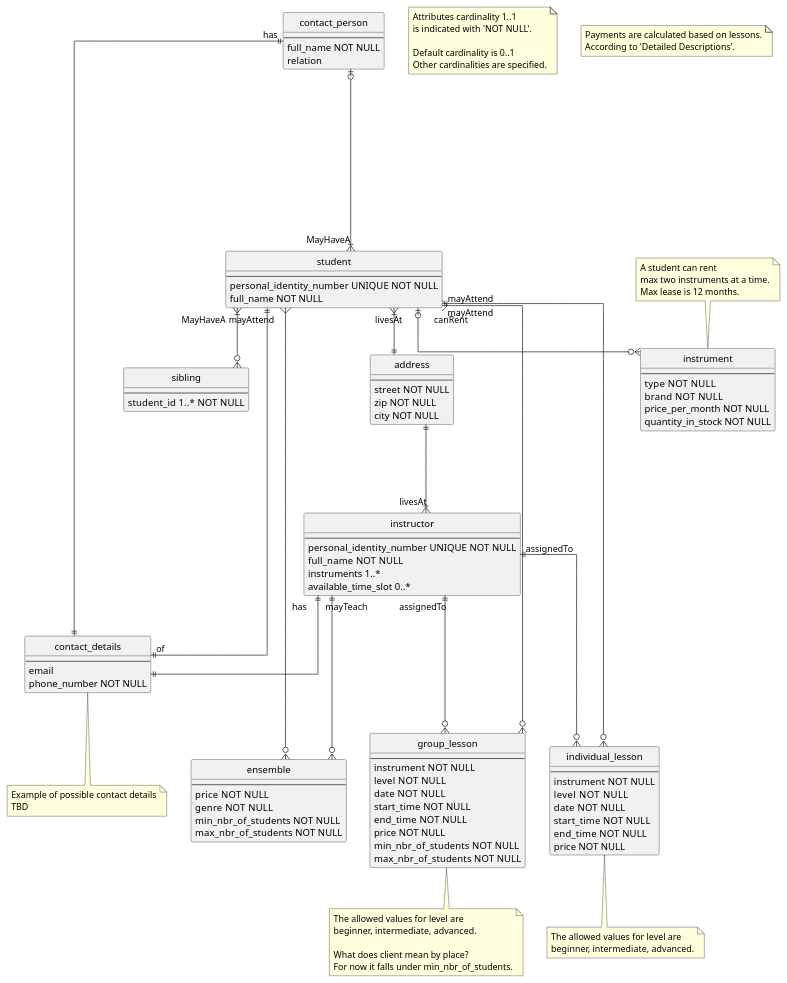
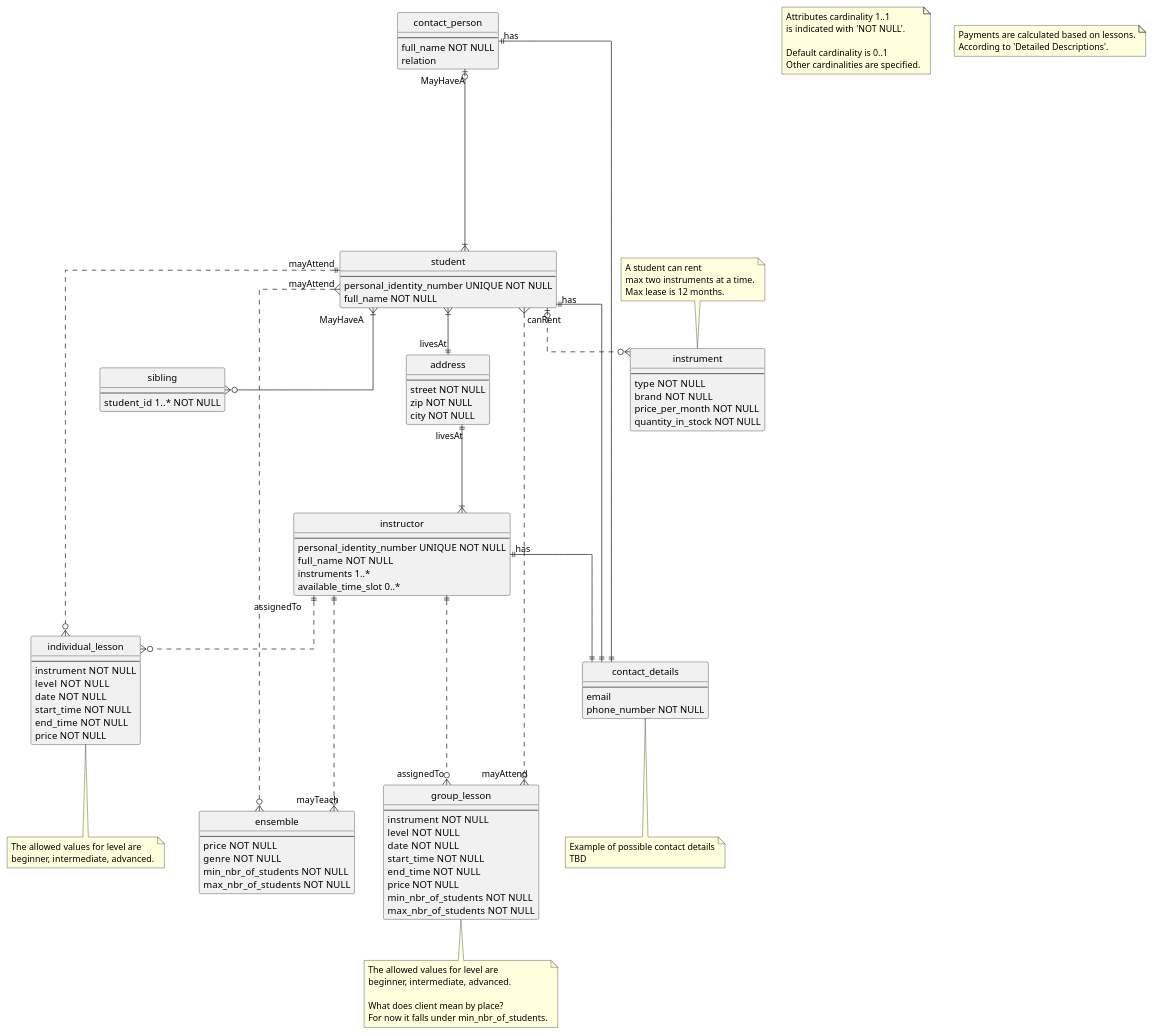
One commit to blomquiste/kth-iv1351-data-storage-paradigms changed the first of 2 diagrams in diagrams/cm.puml. Above: the diagram before and after it, drawn with PlantUML.

Commit message:
adding dep-relations

```diff
--- a/diagrams/cm.puml
+++ b/diagrams/cm.puml
@@ -185,11 +185,11 @@
 
 ' RELATIONS
 ' person ||--|{ address  livesAt
-student "livesAt" }|--|| address
-instructor "livesAt" }|--|| address
+student }|--|| "livesAt" address
+instructor }|--|| "livesAt" address
 
 contact_person "has" ||--|| contact_details
-student ||--|| "of" contact_details
+student "has" ||--|| contact_details
 instructor "has" ||--|| contact_details
 ' person ||--|| student::person_id : isA
 ' person ||--|| instructor::person_id : isA
@@ -197,15 +197,16 @@
 ' student |o"1"--"0..2"o{ rented_instrument : mayRent
 ' student |o--o{ rental : mayMake
 ' rental "of" ||--|| instrument 
-student "canRent" |o--o{ instrument
+student "canRent" |o..o{ instrument
 
 ' student "mayAttend" |o--o{ lesson
-student "mayAttend" ||--o{ individual_lesson
-student "mayAttend" }--o{ group_lesson
-student "mayAttend" }--o{ ensemble
+student "mayAttend" ||..o{ individual_lesson
+student }..o{ "mayAttend" group_lesson
+student "mayAttend" }..o{ ensemble
+
 ' lesson "isTaughtBy" }|--|| instructor
 
-student "MayHaveA" }|--o| contact_person
+student }|--o| "MayHaveA" contact_person
 student "MayHaveA\n\n\n" }|--o{ sibling
 
 ' sibling }|--|{ student : isA
@@ -219,9 +220,9 @@
 
 ' group_lesson "heldAt" ||--|| location
 
-instructor "assignedTo"||---o{ group_lesson
-instructor "assignedTo"||---o{ individual_lesson
-instructor "mayTeach" ||---o{ ensemble
+instructor ||...o{ "assignedTo" group_lesson
+instructor "assignedTo" ||..o{ individual_lesson
+instructor ||...o{ "mayTeach" ensemble
 
 ' INHERITANCE
 hide person
```
